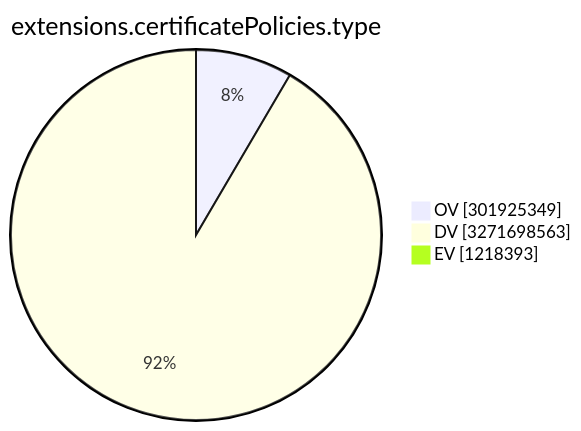
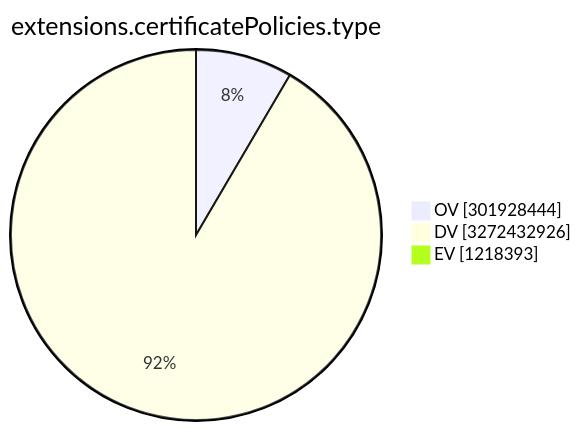
One commit to christiankrug/ctmonitor_visualization changed the ninth of 15 diagrams in TOTAL/README.md. Above: the diagram before and after it, drawn with Mermaid. The commit also changed other lines of this file, not shown here.

````diff
--- a/TOTAL/README.md
+++ b/TOTAL/README.md
@@ -3107,7 +3107,7 @@
 ```mermaid
 pie showData
 title extensions.certificatePolicies.type
-"OV" :301925349
-"DV" :3271698563
+"OV" :301928444
+"DV" :3272432926
 "EV" :1218393
 ```
````
